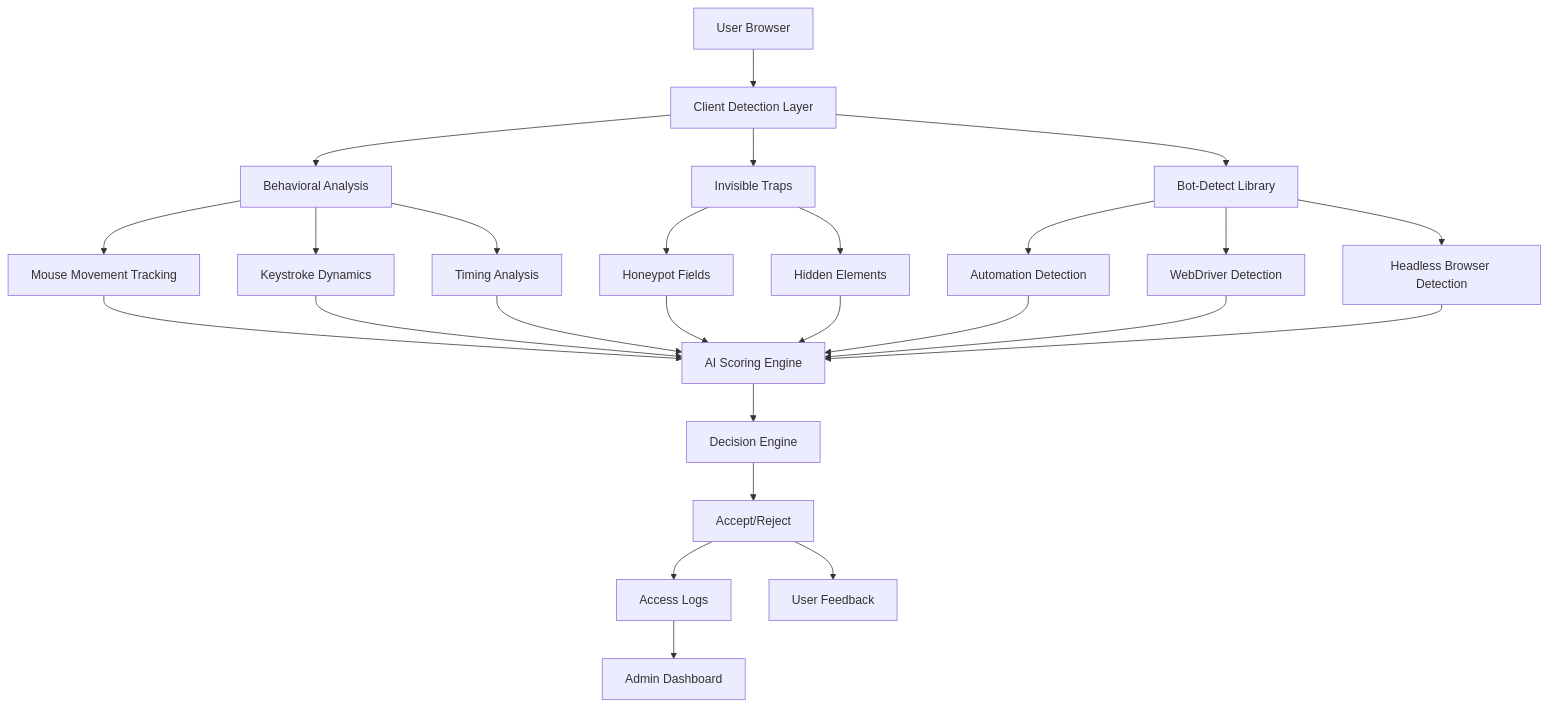
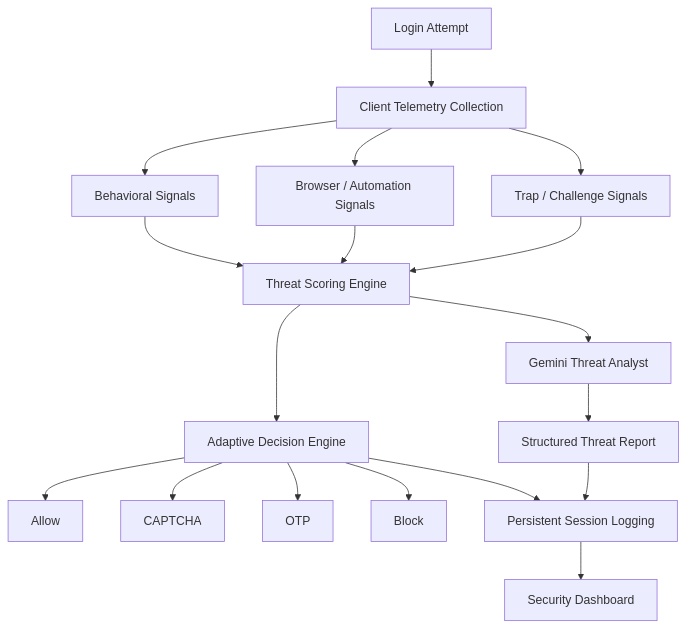
Before and after one commit to abhiveeramallu/ThreatlensAI: the diagram in README.md, drawn with Mermaid. The commit also changed other lines of this file, not shown here.

````diff
--- a/README.md
+++ b/README.md
@@ -22,35 +97,25 @@
 ```mermaid
-graph TB
-    A[User Browser] --> B[Client Detection Layer]
-    B --> C[Behavioral Analysis]
-    B --> D[Invisible Traps]
-    B --> E[Bot-Detect Library]
-    
-    C --> F[Mouse Movement Tracking]
-    C --> G[Keystroke Dynamics]
-    C --> H[Timing Analysis]
-    
-    D --> I[Honeypot Fields]
-    D --> J[Hidden Elements]
-    
-    E --> K[Automation Detection]
-    E --> L[WebDriver Detection]
-    E --> M[Headless Browser Detection]
-    
-    F --> N[AI Scoring Engine]
-    G --> N
-    H --> N
-    I --> N
-    J --> N
-    K --> N
-    L --> N
+flowchart TD
+    A[Login Attempt] --> B[Client Telemetry Collection]
+    B --> C[Behavioral Signals]
+    B --> D[Browser / Automation Signals]
+    B --> E[Trap / Challenge Signals]
+
+    C --> F[Threat Scoring Engine]
+    D --> F
+    E --> F
+
+    F --> G[Adaptive Decision Engine]
+    G --> H[Allow]
+    G --> I[CAPTCHA]
+    G --> J[OTP]
+    G --> K[Block]
+
+    F --> L[Gemini Threat Analyst]
+    L --> M[Structured Threat Report]
+
+    G --> N[Persistent Session Logging]
     M --> N
-    
-    N --> O[Decision Engine]
-    O --> P[Accept/Reject]
-    
-    P --> Q[Access Logs]
-    P --> R[User Feedback]
-    
-    Q --> S[Admin Dashboard]
+
+    N --> O[Security Dashboard]
 ```
````
